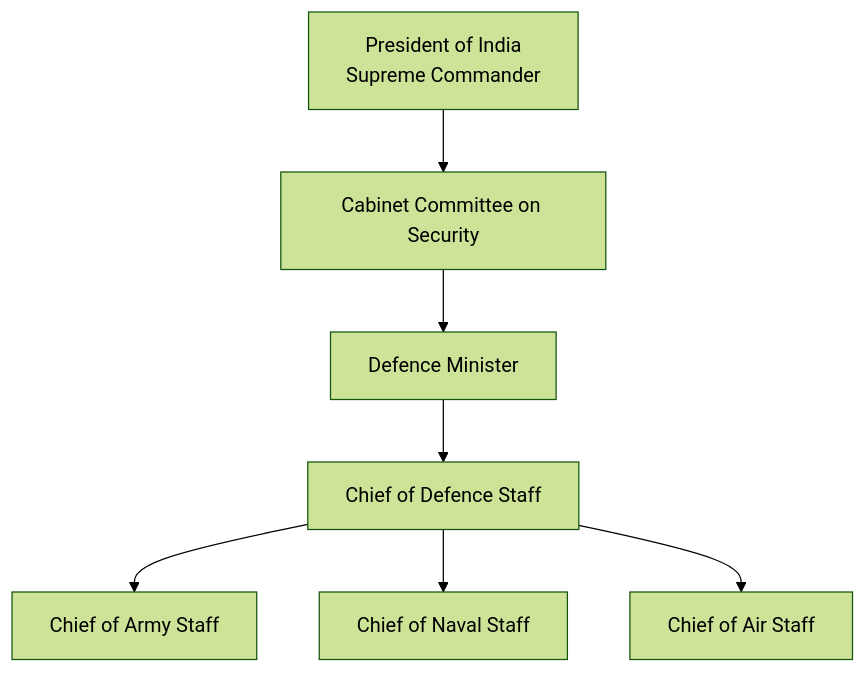
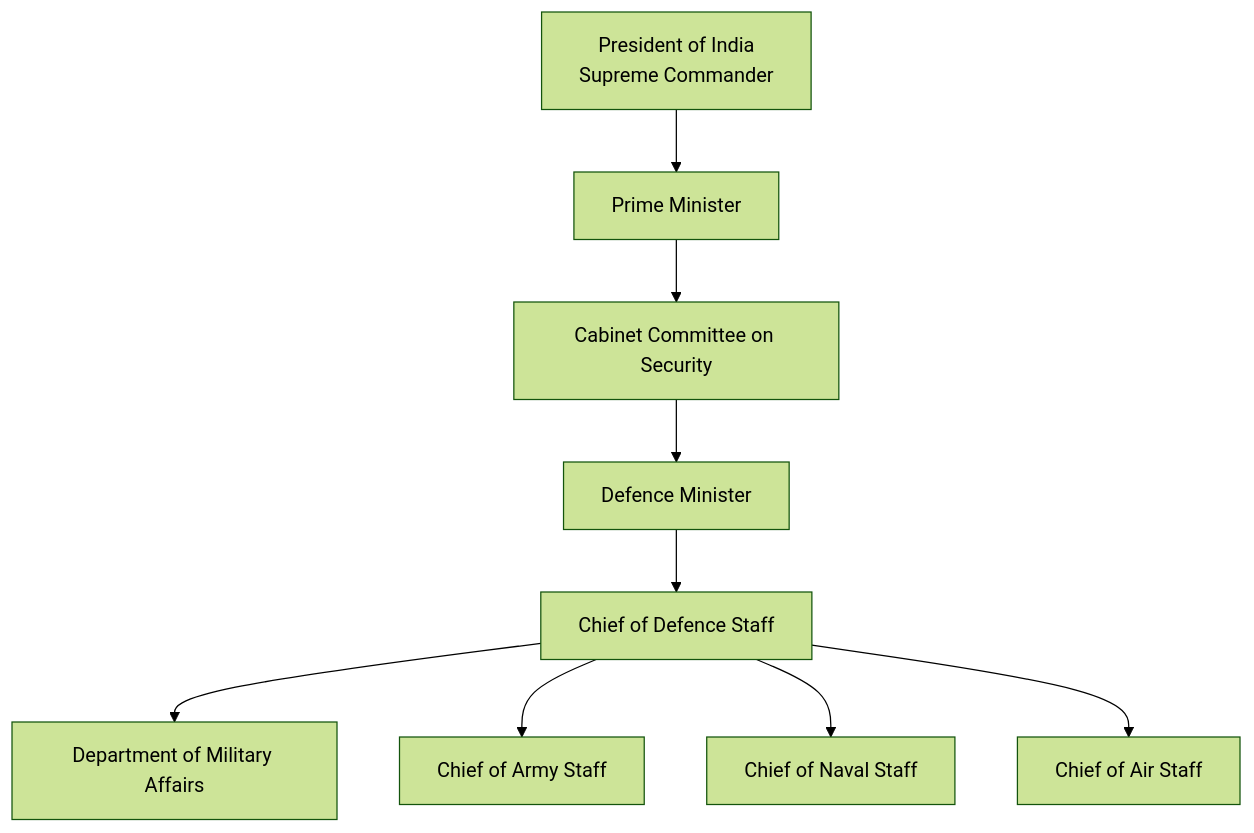
One commit to abhijitxroy/india changed the diagram in 24-defence-and-national-security/armed-forces/chief-of-defence-staff.md. Above: the diagram before and after it, drawn with Mermaid (forest theme). The commit also changed other lines of this file and 113 other files, not shown here.

Commit message:
feat(defence): complete defence organizations, modernization and security domains

````diff
--- a/24-defence-and-national-security/armed-forces/chief-of-defence-staff.md
+++ b/24-defence-and-national-security/armed-forces/chief-of-defence-staff.md
@@ -33,9 +33,12 @@
 ```mermaid
 flowchart TD
-    A[President of India<br/>Supreme Commander] --> B[Cabinet Committee on Security]
-    B --> C[Defence Minister]
-    C --> D[Chief of Defence Staff]
-    D --> E[Chief of Army Staff]
-    D --> F[Chief of Naval Staff]
-    D --> G[Chief of Air Staff]
+    A[President of India<br/>Supreme Commander]
+    A --> B[Prime Minister]
+    B --> C[Cabinet Committee on Security]
+    C --> D[Defence Minister]
+    D --> E[Chief of Defence Staff]
+    E --> F[Department of Military Affairs]
+    E --> G[Chief of Army Staff]
+    E --> H[Chief of Naval Staff]
+    E --> I[Chief of Air Staff]
 ```
````
